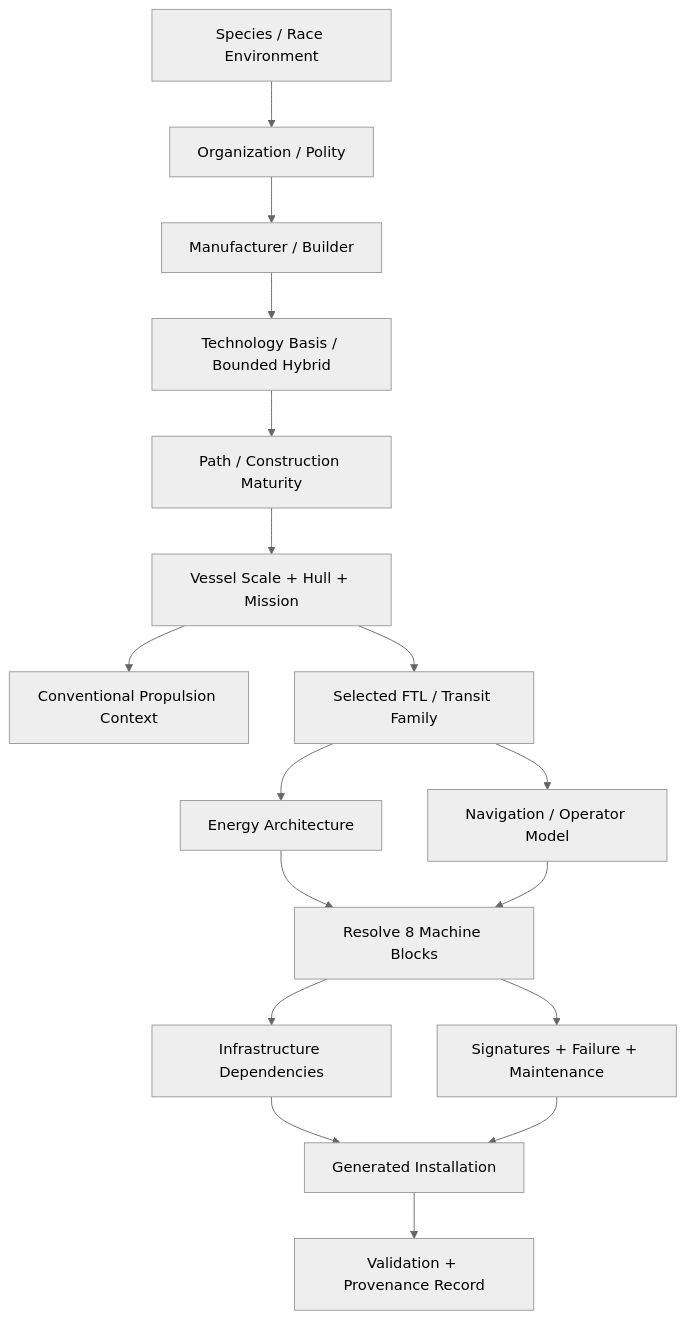
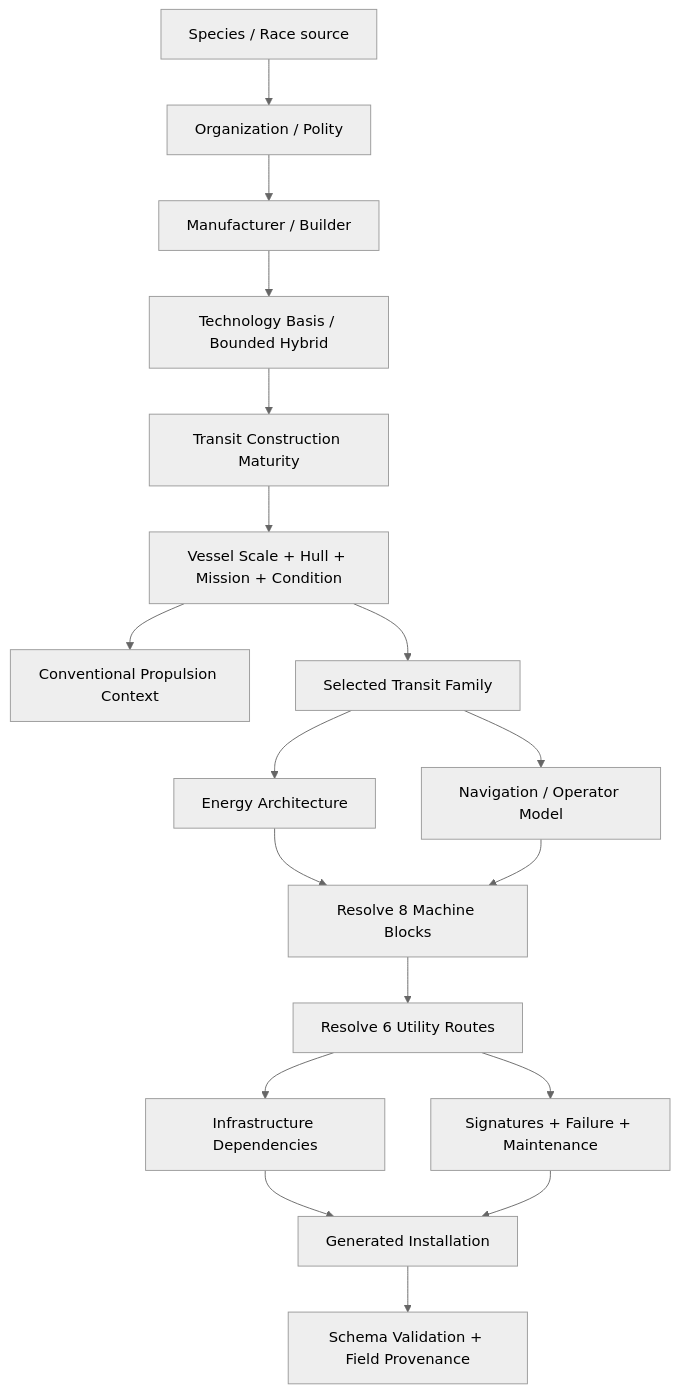
The second of 6 diagrams in docs/blacklight/BLACK_LIGHT_PROPULSION_TRANSIT_AUTHORITY.md (mrcalzon02/HB-TTRPG-tools), drawn with Mermaid (neutral theme) before and after one commit. The commit also changed other lines of this file, not shown here.

Commit message:
Reconcile and expand Black Light propulsion transit authority

````diff
--- a/docs/blacklight/BLACK_LIGHT_PROPULSION_TRANSIT_AUTHORITY.md
+++ b/docs/blacklight/BLACK_LIGHT_PROPULSION_TRANSIT_AUTHORITY.md
@@ -142,19 +218,20 @@
 ```mermaid
 flowchart TD
-    S[Species / Race Environment] --> O[Organization / Polity]
+    S[Species / Race source] --> O[Organization / Polity]
     O --> M[Manufacturer / Builder]
     M --> B[Technology Basis / Bounded Hybrid]
-    B --> P[Path / Construction Maturity]
-    P --> V[Vessel Scale + Hull + Mission]
-    V --> C[Conventional Propulsion Context]
-    V --> F[Selected FTL / Transit Family]
+    B --> TM[Transit Construction Maturity]
+    TM --> V[Vessel Scale + Hull + Mission + Condition]
+    V --> CP[Conventional Propulsion Context]
+    V --> F[Selected Transit Family]
     F --> E[Energy Architecture]
     F --> N[Navigation / Operator Model]
     E --> X[Resolve 8 Machine Blocks]
     N --> X
-    X --> I[Infrastructure Dependencies]
-    X --> R[Signatures + Failure + Maintenance]
+    X --> U[Resolve 6 Utility Routes]
+    U --> I[Infrastructure Dependencies]
+    U --> R[Signatures + Failure + Maintenance]
     I --> G[Generated Installation]
     R --> G
-    G --> Q[Validation + Provenance Record]
+    G --> Q[Schema Validation + Field Provenance]
 ```
````
